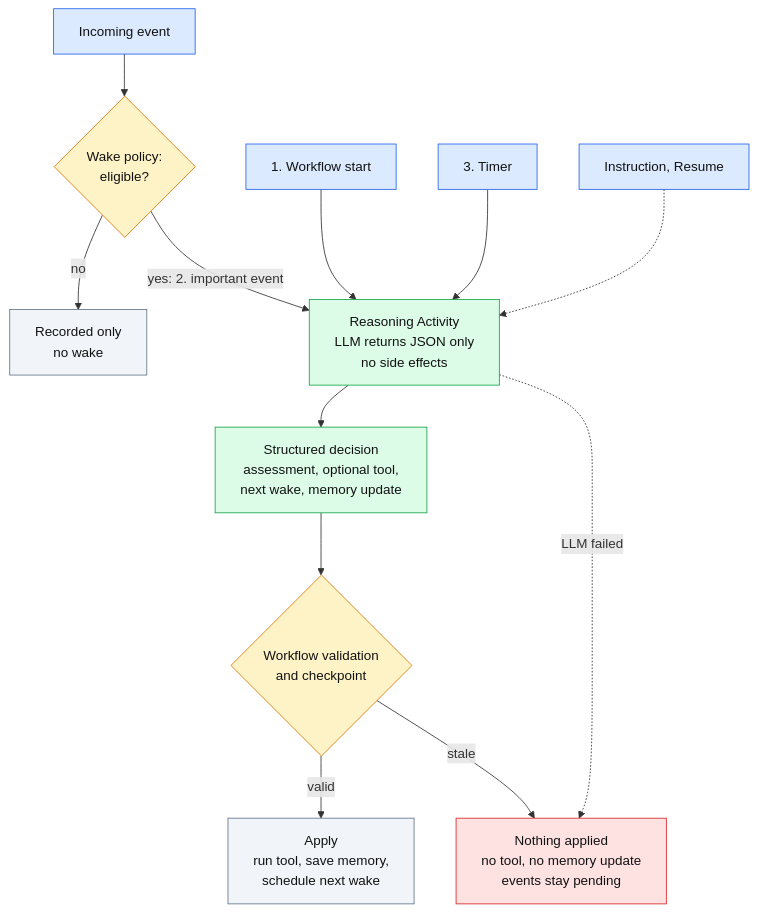
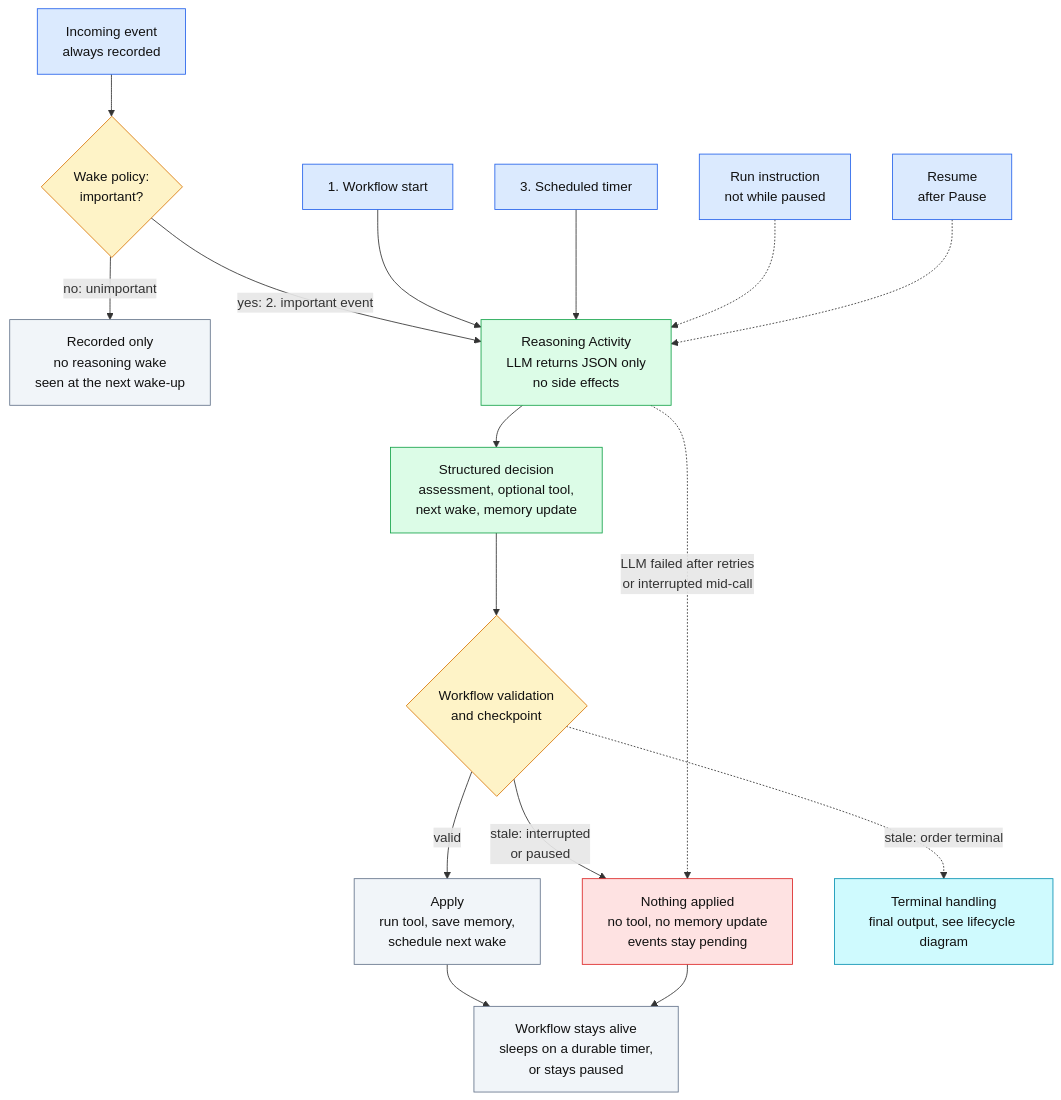
Before and after one commit to averagecoder4088/AI-supervisor: the third of 4 diagrams in README.md, drawn with Mermaid. The commit also changed other lines of this file, not shown here.

First line of the commit message:
Clarify workflow lifecycle and wake diagrams

````diff
--- a/README.md
+++ b/README.md
@@ -144,25 +162,31 @@
 ```mermaid
 flowchart TB
-    event["Incoming event"] --> policy{"Wake policy:<br/>eligible?"}
-    policy -->|"no"| record["Recorded only<br/>no wake"]
+    event["Incoming event<br/>always recorded"] --> policy{"Wake policy:<br/>important?"}
+    policy -->|"no: unimportant"| record["Recorded only<br/>no reasoning wake<br/>seen at the next wake-up"]
     policy -->|"yes: 2. important event"| reason
     start["1. Workflow start"] --> reason
-    timer["3. Timer"] --> reason
-    other["Instruction, Resume"] -.-> reason
+    timer["3. Scheduled timer"] --> reason
+    instr["Run instruction<br/>not while paused"] -.-> reason
+    resume["Resume<br/>after Pause"] -.-> reason
     reason["Reasoning Activity<br/>LLM returns JSON only<br/>no side effects"] --> decision["Structured decision<br/>assessment, optional tool,<br/>next wake, memory update"]
     decision --> validate{"Workflow validation<br/>and checkpoint"}
     validate -->|"valid"| apply["Apply<br/>run tool, save memory,<br/>schedule next wake"]
-    validate -->|"stale"| discard["Nothing applied<br/>no tool, no memory update<br/>events stay pending"]
-    reason -.->|"LLM failed"| discard
+    validate -->|"stale: interrupted<br/>or paused"| discard["Nothing applied<br/>no tool, no memory update<br/>events stay pending"]
+    reason -.->|"LLM failed after retries<br/>or interrupted mid-call"| discard
+    validate -.->|"stale: order terminal"| terminal["Terminal handling<br/>final output, see lifecycle diagram"]
+    apply --> alive["Workflow stays alive<br/>sleeps on a durable timer,<br/>or stays paused"]
+    discard --> alive
 
     classDef trig fill:#dbeafe,stroke:#2563eb,color:#111
     classDef llmc fill:#dcfce7,stroke:#16a34a,color:#111
     classDef okc fill:#f1f5f9,stroke:#64748b,color:#111
     classDef bad fill:#fee2e2,stroke:#dc2626,color:#111
     classDef decide fill:#fef3c7,stroke:#d97706,color:#111
-    class event,start,timer,other trig
+    classDef term fill:#cffafe,stroke:#0891b2,color:#111
+    class event,start,timer,instr,resume trig
     class reason,decision llmc
-    class record,apply okc
+    class record,apply,alive okc
     class discard bad
     class policy,validate decide
+    class terminal term
 ```
````
